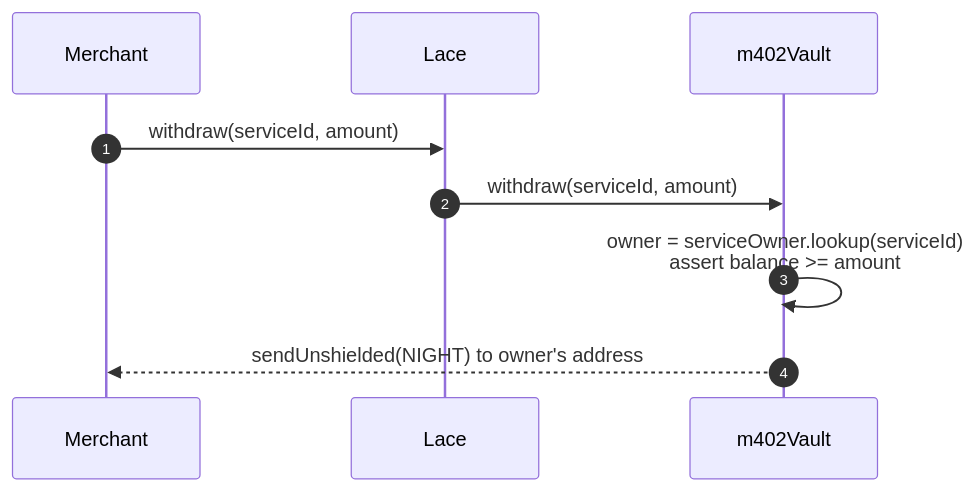
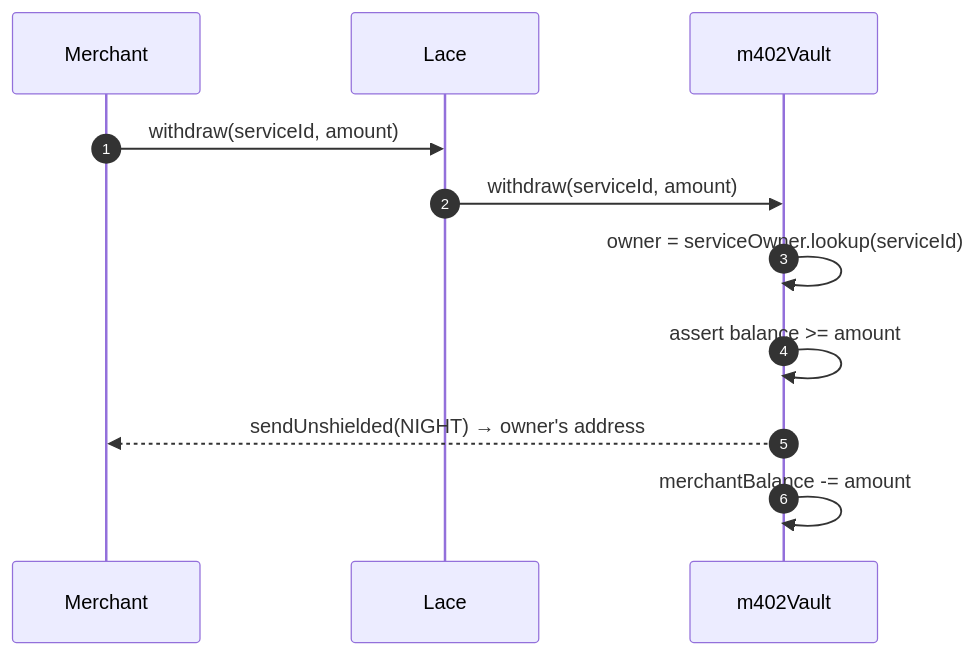
Before and after one commit to julianariel/m402: the sixth of 8 diagrams in docs/architecture/payment-flow.md, drawn with Mermaid. The commit also changed other lines of this file and 3 other files, not shown here.

First line of the commit message:
Document deposit across all docs; drop the placeholder diagram

````diff
--- a/docs/architecture/payment-flow.md
+++ b/docs/architecture/payment-flow.md
@@ -95,12 +155,14 @@
 ```mermaid
 sequenceDiagram
     autonumber
     participant M as Merchant
     participant L as Lace
     participant V as m402Vault
 
     M->>L: withdraw(serviceId, amount)
     L->>V: withdraw(serviceId, amount)
-    V->>V: owner = serviceOwner.lookup(serviceId)<br/>assert balance >= amount
-    V-->>M: sendUnshielded(NIGHT) to owner's address
+    V->>V: owner = serviceOwner.lookup(serviceId)
+    V->>V: assert balance >= amount
+    V-->>M: sendUnshielded(NIGHT) → owner's address
+    V->>V: merchantBalance -= amount
 ```
````
